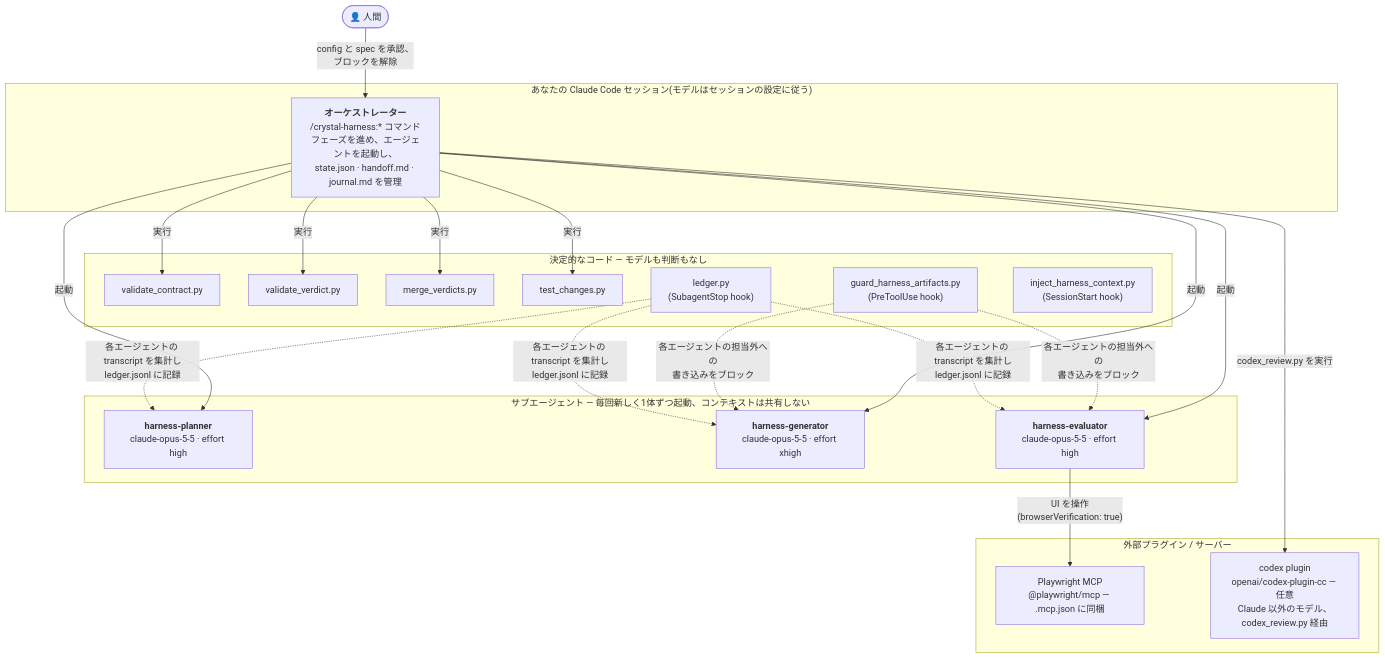
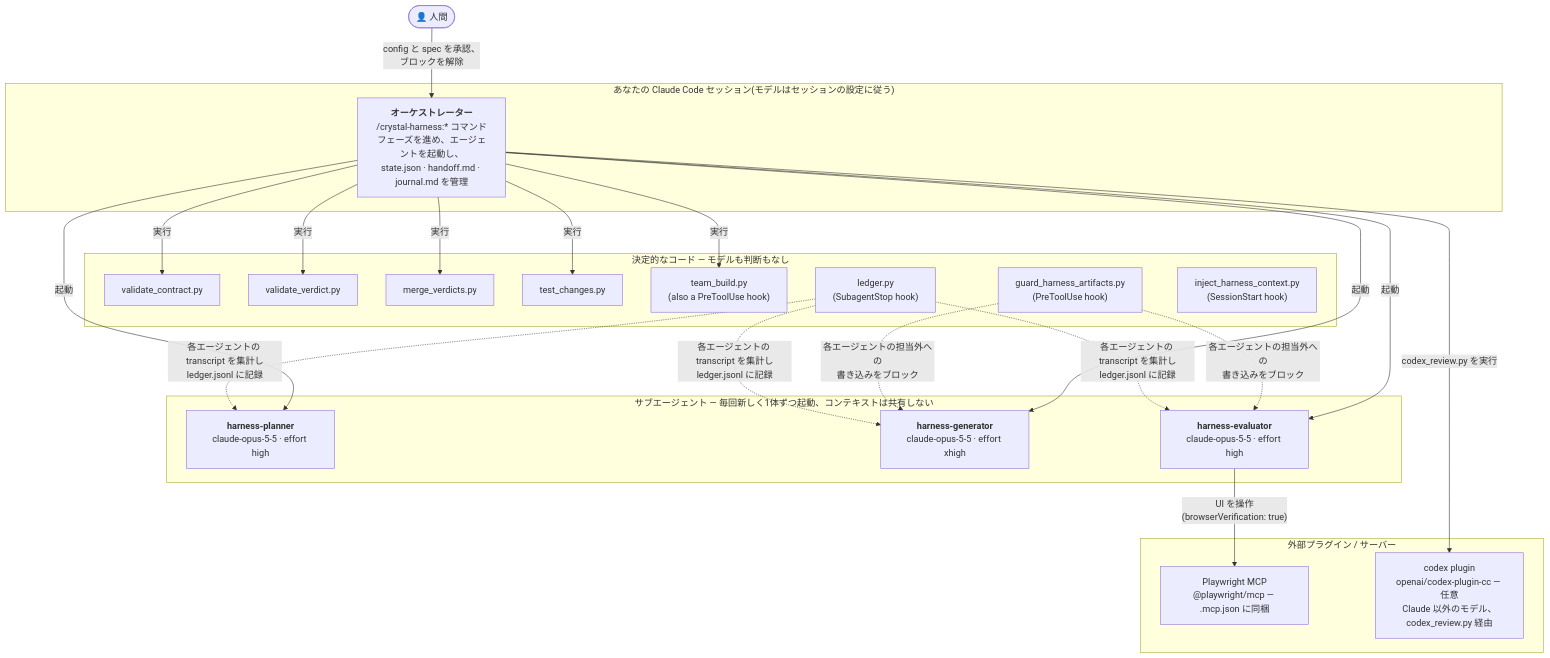
Before and after one commit to YukiTominaga/claude-harness: the first of 3 diagrams in README.ja.md, drawn with Mermaid. The commit also changed other lines of this file and 18 other files, not shown here.

First line of the commit message:
feat(crystal-harness): opt-in team build under a validated split plan (0.12.0) (#6)

````diff
--- a/README.ja.md
+++ b/README.ja.md
@@ -32,37 +32,38 @@
 ```mermaid
 flowchart TB
     human(["👤 人間"])
 
     subgraph session["あなたの Claude Code セッション(モデルはセッションの設定に従う)"]
         orch["<b>オーケストレーター</b><br/>/crystal-harness:* コマンド<br/>フェーズを進め、エージェントを起動し、<br/>state.json · handoff.md · journal.md を管理"]
     end
 
     subgraph agents["サブエージェント — 毎回新しく1体ずつ起動、コンテキストは共有しない"]
         planner["<b>harness-planner</b><br/>claude-opus-5-5 · effort high"]
         gen["<b>harness-generator</b><br/>claude-opus-5-5 · effort xhigh"]
         evalr["<b>harness-evaluator</b><br/>claude-opus-5-5 · effort high"]
     end
 
     subgraph det["決定的なコード — モデルも判断もなし"]
         vc["validate_contract.py"]
         vv["validate_verdict.py"]
         mv["merge_verdicts.py"]
         tc["test_changes.py"]
+        tb["team_build.py<br/>(also a PreToolUse hook)"]
         led["ledger.py<br/>(SubagentStop hook)"]
         guard["guard_harness_artifacts.py<br/>(PreToolUse hook)"]
         inject["inject_harness_context.py<br/>(SessionStart hook)"]
     end
 
     subgraph ext["外部プラグイン / サーバー"]
         pw["Playwright MCP<br/>@playwright/mcp — .mcp.json に同梱"]
         codex["codex plugin<br/>openai/codex-plugin-cc — 任意<br/>Claude 以外のモデル、codex_review.py 経由"]
     end
 
     human -- "config と spec を承認、<br/>ブロックを解除" --> orch
     orch -- 起動 --> planner & gen & evalr
-    orch -- 実行 --> vc & vv & mv & tc
+    orch -- 実行 --> vc & vv & mv & tc & tb
     orch -- "codex_review.py を実行" --> codex
     evalr -- "UI を操作<br/>(browserVerification: true)" --> pw
     guard -. "各エージェントの担当外への<br/>書き込みをブロック" .-> gen & evalr
     led -. "各エージェントの transcript を集計し<br/>ledger.jsonl に記録" .-> planner & gen & evalr
 ```
````
